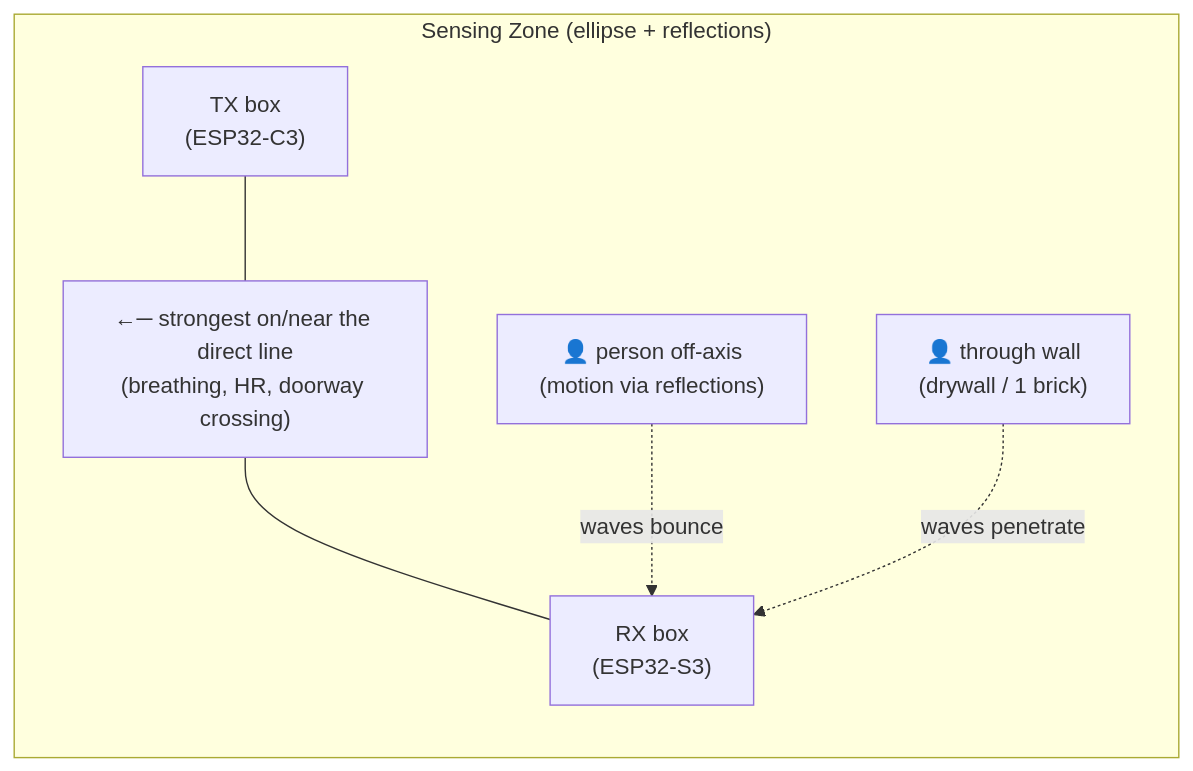
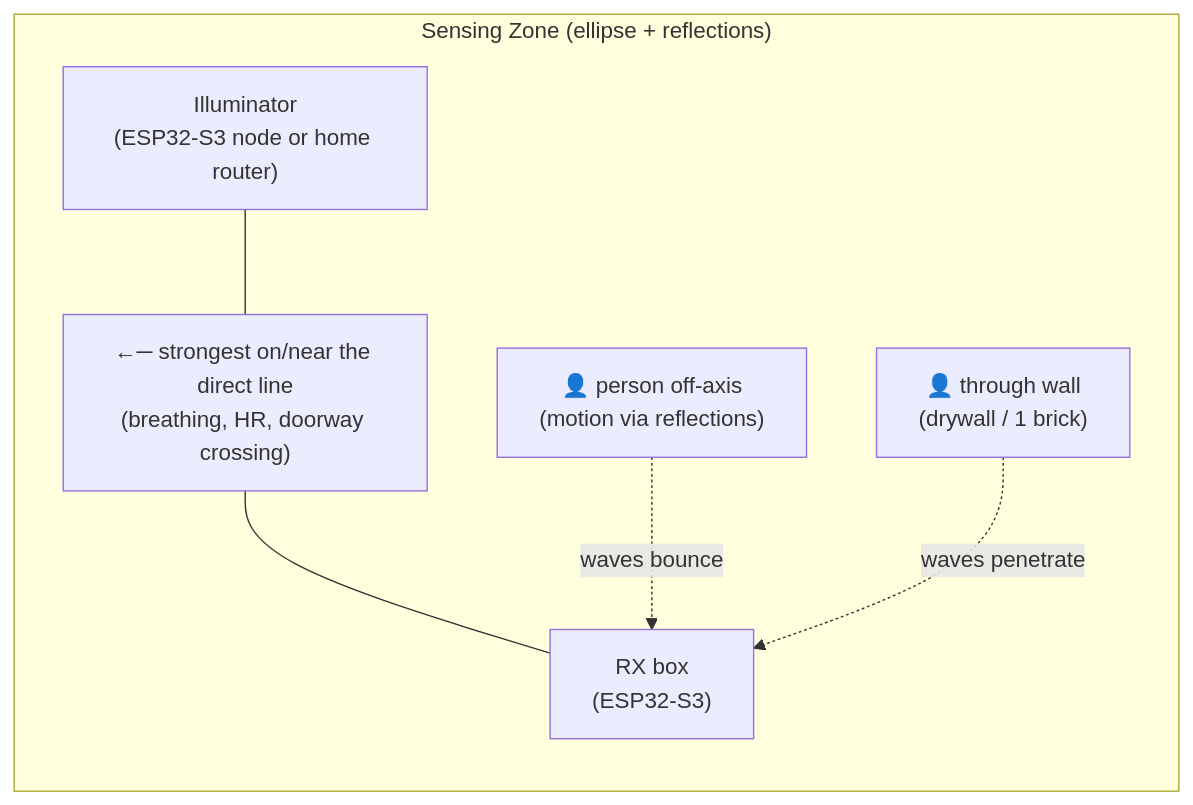
Before and after one commit to patchyevolve/wallsight: the first of 5 diagrams in PROJECT_BRIEF.md, drawn with Mermaid. The commit also changed other lines of this file and 5 other files, not shown here.

````diff
--- a/PROJECT_BRIEF.md
+++ b/PROJECT_BRIEF.md
@@ -91,9 +91,9 @@
 ```mermaid
 flowchart LR
     subgraph zone["Sensing Zone (ellipse + reflections)"]
-        TX["TX box<br/>(ESP32-C3)"] --- LINE["←─ strongest on/near the direct line<br/>(breathing, HR, doorway crossing)"]
+        TX["Illuminator<br/>(ESP32-S3 node or home router)"] --- LINE["←─ strongest on/near the direct line<br/>(breathing, HR, doorway crossing)"]
         LINE --- RX["RX box<br/>(ESP32-S3)"]
         P1["👤 person off-axis<br/>(motion via reflections)"] -.->|waves bounce| RX
         P2["👤 through wall<br/>(drywall / 1 brick)"] -.->|waves penetrate| RX
     end
 ```
````
